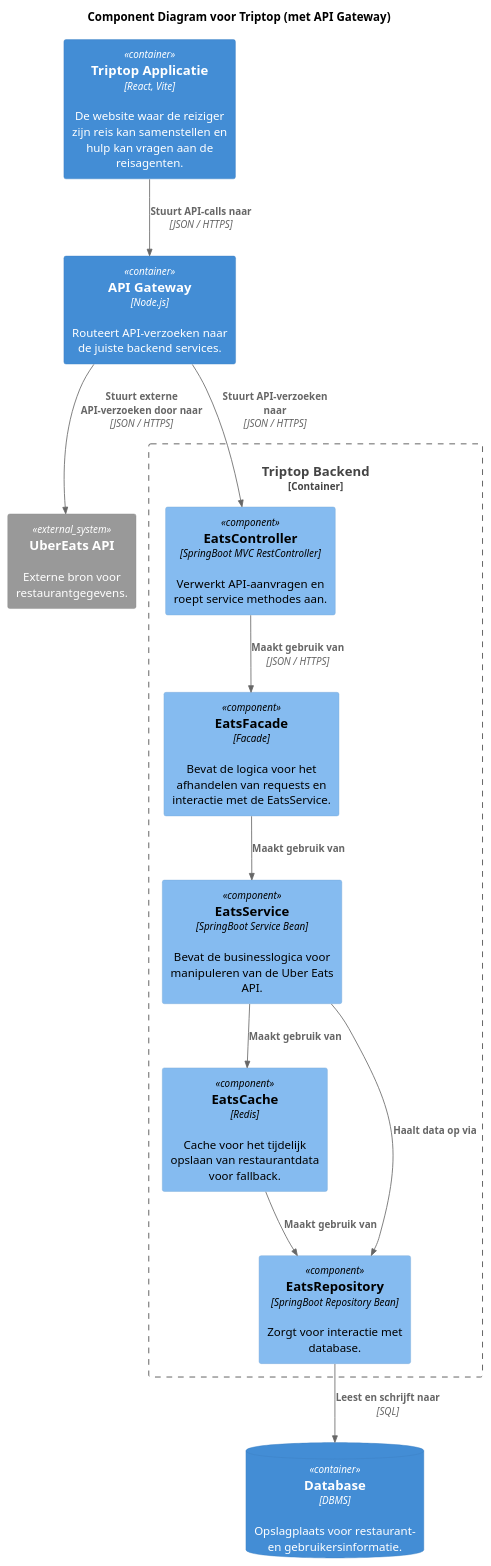
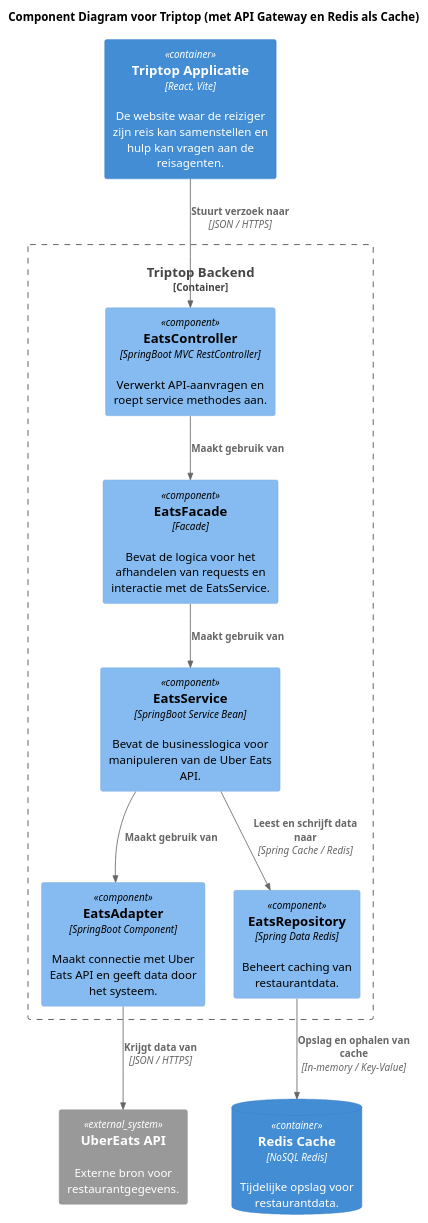
The diagram in voorbereidingen/week2-les3/component-diagram-onderzoeksvraag-atakan.puml (AIM-ENE-feb25/triptop-beca), drawn with PlantUML before and after one commit. The commit also changed 3 other files, not shown here.

Commit message:
Verbeteringen in diagrammen

```diff
--- a/voorbereidingen/week2-les3/component-diagram-onderzoeksvraag-atakan.puml
+++ b/voorbereidingen/week2-les3/component-diagram-onderzoeksvraag-atakan.puml
@@ -1,30 +1,29 @@
 @startuml
 !include https://raw.githubusercontent.com/plantuml-stdlib/C4-PlantUML/master/C4_Component.puml
 
-title Component Diagram voor Triptop (met API Gateway)
+title Component Diagram voor Triptop (met API Gateway en Redis als Cache)
 
 Container(tt_app, "Triptop Applicatie", "React, Vite", "De website waar de reiziger zijn reis kan samenstellen en hulp kan vragen aan de reisagenten.")
-Container(api_gateway, "API Gateway", "Node.js", "Routeert API-verzoeken naar de juiste backend services.")
-ContainerDb(db, "Database", "DBMS", "Opslagplaats voor restaurant- en gebruikersinformatie.")
 System_Ext(eats_api, "UberEats API", "Externe bron voor restaurantgegevens.")
+ContainerDb(redis, "Redis Cache", "NoSQL Redis", "Tijdelijke opslag voor restaurantdata.")
 
 Container_Boundary(api, "Triptop Backend") {
     Component(controller, "EatsController", "SpringBoot MVC RestController", "Verwerkt API-aanvragen en roept service methodes aan.")
     Component(facade, "EatsFacade", "Facade", "Bevat de logica voor het afhandelen van requests en interactie met de EatsService.")
     Component(service, "EatsService", "SpringBoot Service Bean", "Bevat de businesslogica voor manipuleren van de Uber Eats API.")
-    Component(cache, "EatsCache", "Redis", "Cache voor het tijdelijk opslaan van restaurantdata voor fallback.")
-    Component(repository, "EatsRepository", "SpringBoot Repository Bean", "Zorgt voor interactie met database.")
+    Component(eats_client, "EatsAdapter", "SpringBoot Component", "Maakt connectie met Uber Eats API en geeft data door het systeem.")
+    Component(eats_cache, "EatsRepository", "Spring Data Redis", "Beheert caching van restaurantdata.")
 
-    Rel(api_gateway, controller, "Stuurt API-verzoeken naar", "JSON / HTTPS")
-    Rel(controller, facade, "Maakt gebruik van", "JSON / HTTPS")
+    Rel(tt_app, controller, "Stuurt verzoek naar", "JSON / HTTPS")
+    Rel(controller, facade, "Maakt gebruik van")
     Rel(facade, service, "Maakt gebruik van")
-    Rel(service, repository, "Haalt data op via")
-    Rel(service, cache, "Maakt gebruik van")
-    Rel(cache, repository, "Maakt gebruik van")
-    Rel(repository, db, "Leest en schrijft naar", "SQL")
+    Rel(service, eats_client, "Maakt gebruik van")
+    Rel(eats_client, eats_api, "Krijgt data van", "JSON / HTTPS")
+
+    Rel(service, eats_cache, "Leest en schrijft data naar", "Spring Cache / Redis")
+    Rel(eats_cache, redis, "Opslag en ophalen van cache", "In-memory / Key-Value")
+
 }
 
-Rel(tt_app, api_gateway, "Stuurt API-calls naar", "JSON / HTTPS")
-Rel(api_gateway, eats_api, "Stuurt externe API-verzoeken door naar", "JSON / HTTPS")
 
 @enduml
```
